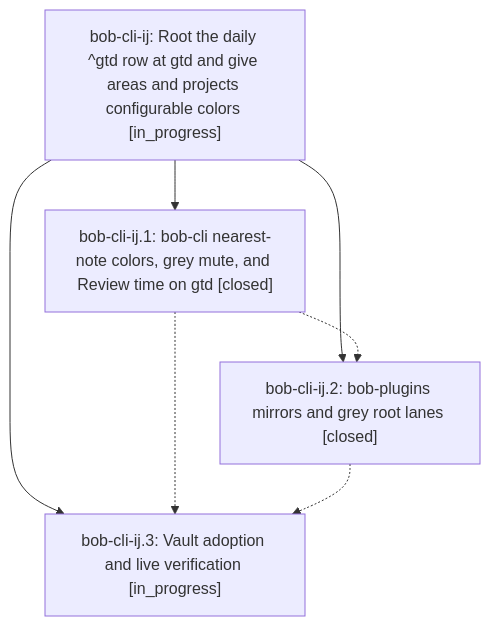
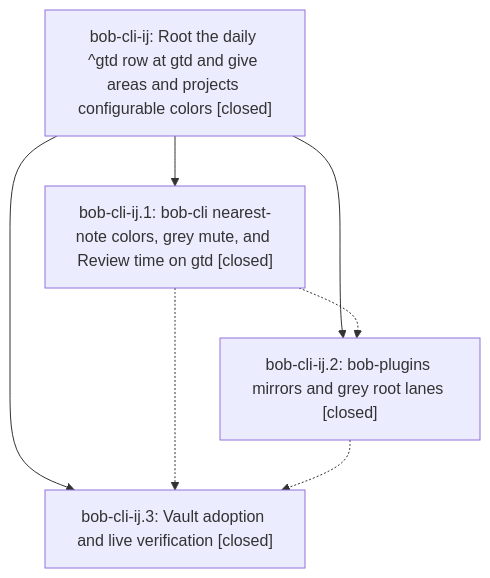
Before and after one commit to bobs-org/bob-cli--beads: the diagram in pages/bob-cli-ij/README.md, drawn with Mermaid. The commit also changed other lines of this file and 3 other files, not shown here.

First line of the commit message:
chore(beads): sync bead state and pages for bob-cli-ij

````diff
--- a/pages/bob-cli-ij/README.md
+++ b/pages/bob-cli-ij/README.md
@@ -38,13 +44,13 @@
 ```mermaid
 flowchart TD
-    n0["bob-cli-ij: Root the daily ^gtd row at gtd and give areas and projects configurable colors [in_progress]"]
+    n0["bob-cli-ij: Root the daily ^gtd row at gtd and give areas and projects configurable colors [closed]"]
     n1["bob-cli-ij.1: bob-cli nearest-note colors, grey mute, and Review time on gtd [closed]"]
     n2["bob-cli-ij.2: bob-plugins mirrors and grey root lanes [closed]"]
-    n3["bob-cli-ij.3: Vault adoption and live verification [in_progress]"]
+    n3["bob-cli-ij.3: Vault adoption and live verification [closed]"]
     n0 --> n1
     n0 --> n2
     n0 --> n3
     n1 -.-> n2
     n1 -.-> n3
     n2 -.-> n3
 ```
````
